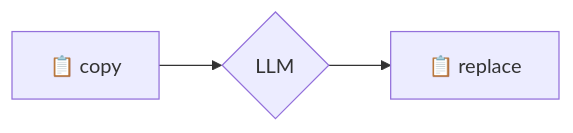
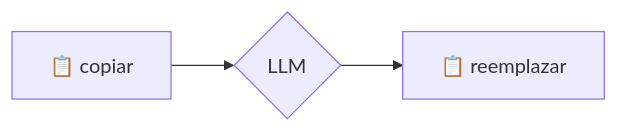
Before and after one commit to zarvent/v2m-lab: the second of 2 diagrams in README.md, drawn with Mermaid. The commit also changed other lines of this file and 25 other files, not shown here.

````diff
--- a/README.md
+++ b/README.md
@@ -60,5 +60,5 @@
 ```mermaid
 flowchart LR
-A[📋 copy] --> B{LLM}
-B --> C[📋 replace]
+A[📋 copiar] --> B{LLM}
+B --> C[📋 reemplazar]
 ```
````
